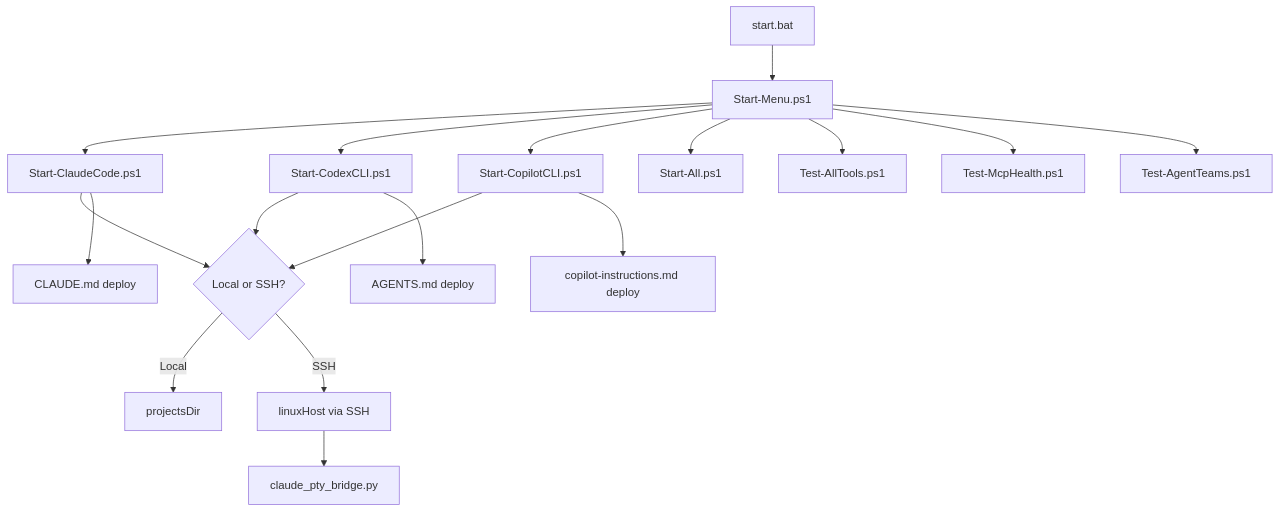
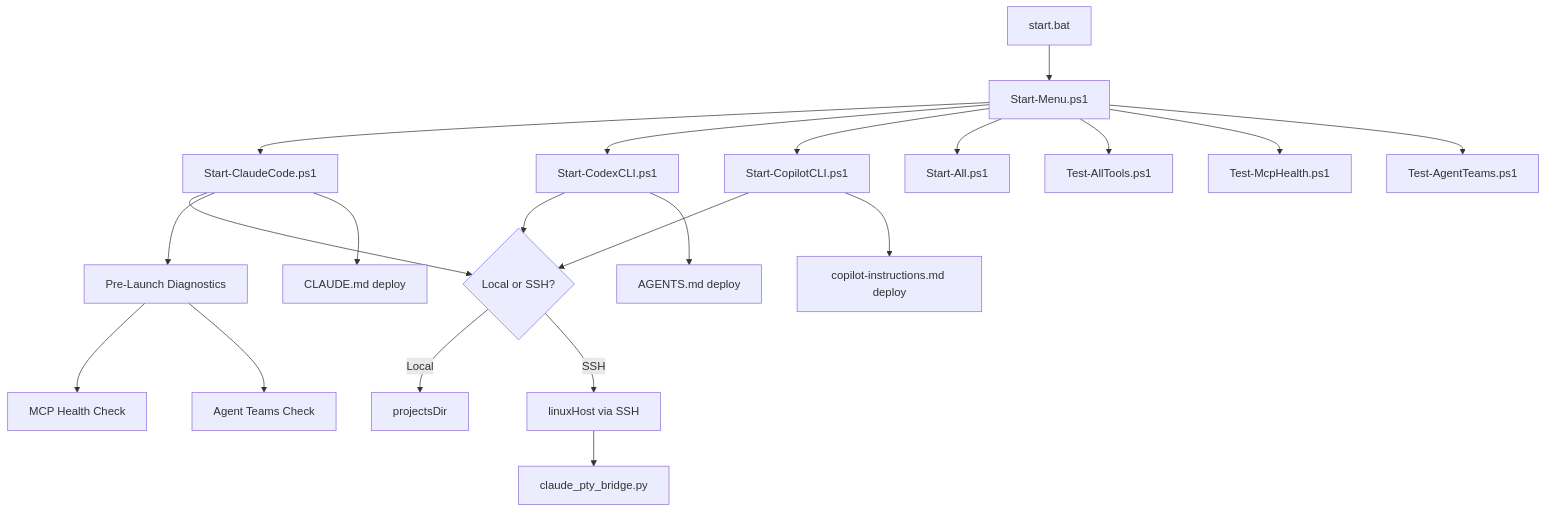
Before and after one commit to Kensan196948G/ClaudeCLI-CodexCLI-CopilotCLI-StartUpTools-New: the first of 4 diagrams in README.md, drawn with Mermaid. The commit also changed other lines of this file and 3 other files, not shown here.

First line of the commit message:
feat: MCP Health Check・Agent Teams 機能強化 — 起動統合・ランタイムプローブ

````diff
--- a/README.md
+++ b/README.md
@@ -40,23 +69,27 @@
 ```mermaid
 graph TD
     A["start.bat"] --> B["Start-Menu.ps1"]
     B --> C["Start-ClaudeCode.ps1"]
     B --> D["Start-CodexCLI.ps1"]
     B --> E["Start-CopilotCLI.ps1"]
     B --> F["Start-All.ps1"]
     B --> G["Test-AllTools.ps1"]
     B --> H["Test-McpHealth.ps1"]
     B --> I["Test-AgentTeams.ps1"]
 
     C --> J{"Local or SSH?"}
     D --> J
     E --> J
 
     J -->|Local| K["projectsDir"]
     J -->|SSH| L["linuxHost via SSH"]
     L --> M["claude_pty_bridge.py"]
 
+    C --> PLD["Pre-Launch Diagnostics"]
+    PLD --> MCP_CHK["MCP Health Check"]
+    PLD --> AT_CHK["Agent Teams Check"]
+
     C --> N["CLAUDE.md deploy"]
     D --> O["AGENTS.md deploy"]
     E --> P["copilot-instructions.md deploy"]
 ```
````
